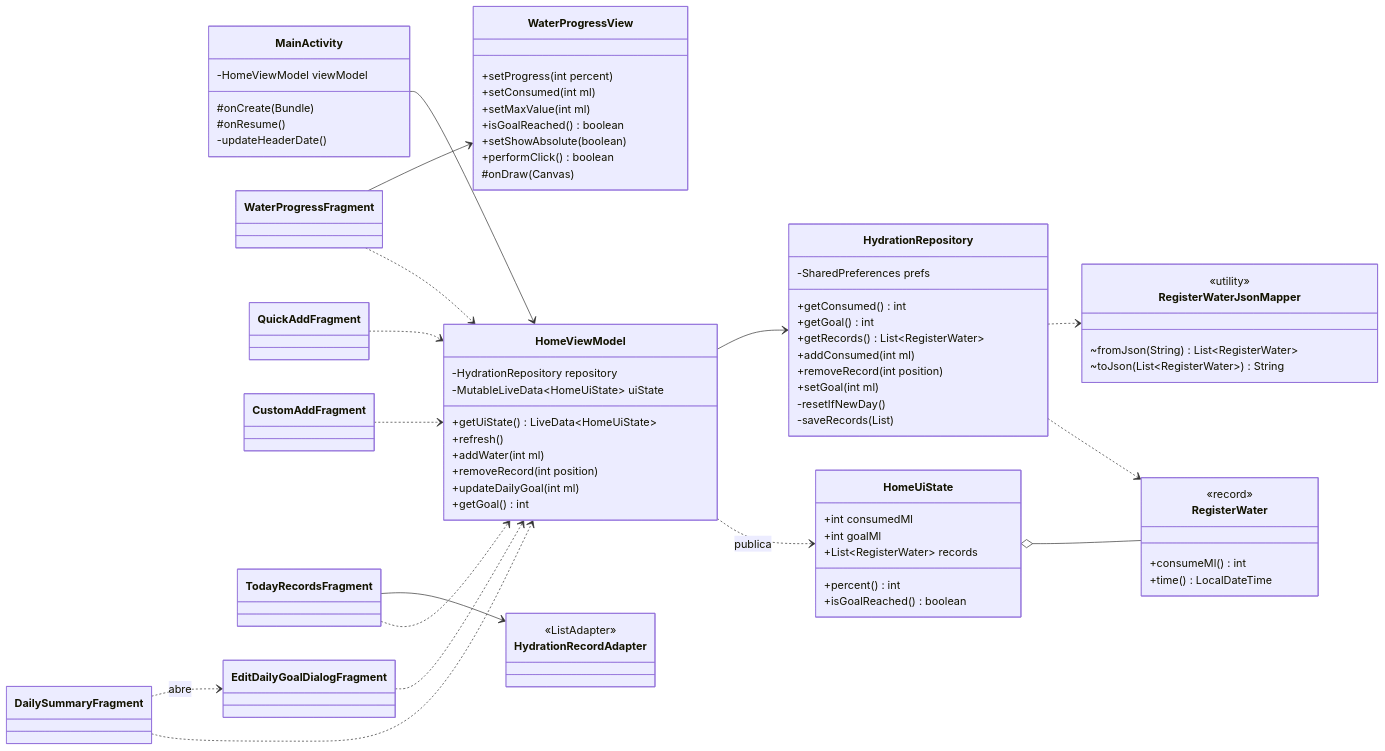
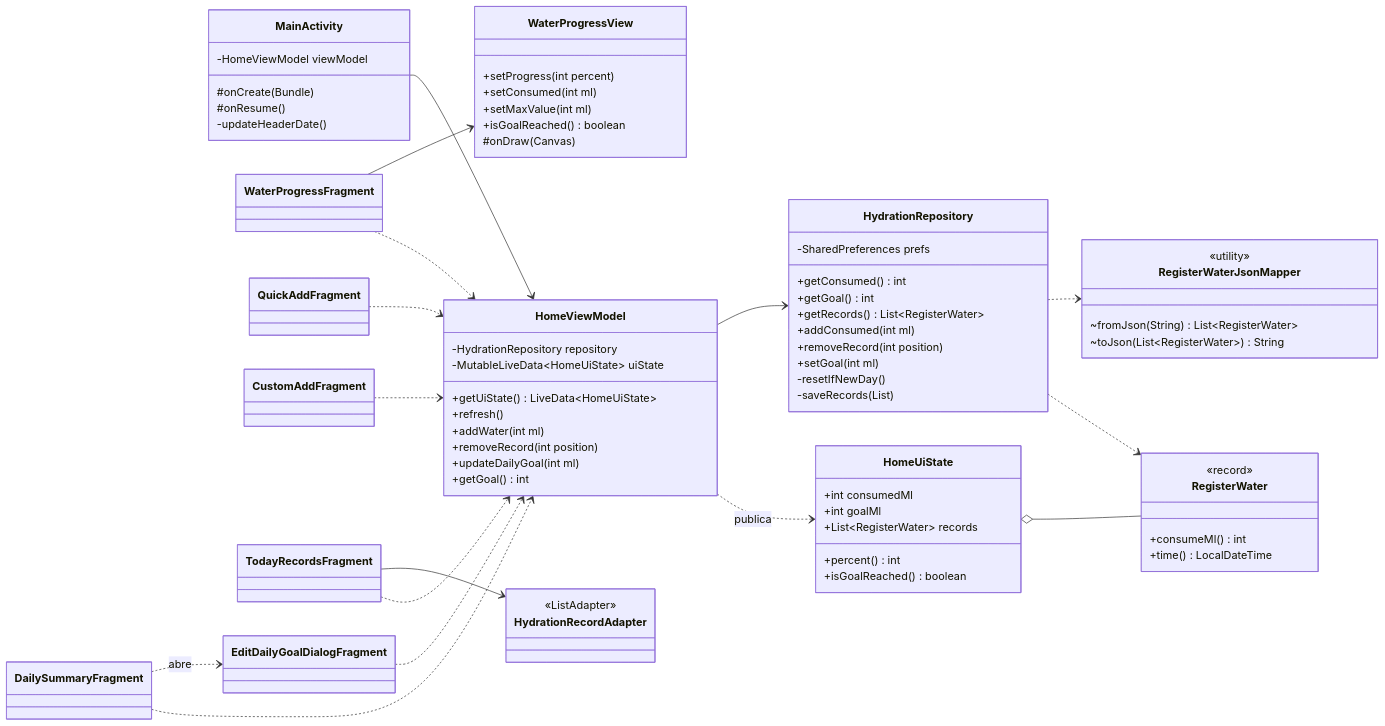
Before and after one commit to ReynanFC/HydroTrack: the second of 9 diagrams in README.md, drawn with Mermaid. The commit also changed other lines of this file and 2 other files, not shown here.

```diff
--- a/README.md
+++ b/README.md
@@ -200,8 +200,6 @@
         +setConsumed(int ml)
         +setMaxValue(int ml)
         +isGoalReached() boolean
-        +setShowAbsolute(boolean)
-        +performClick() boolean
         #onDraw(Canvas)
     }
 
```
